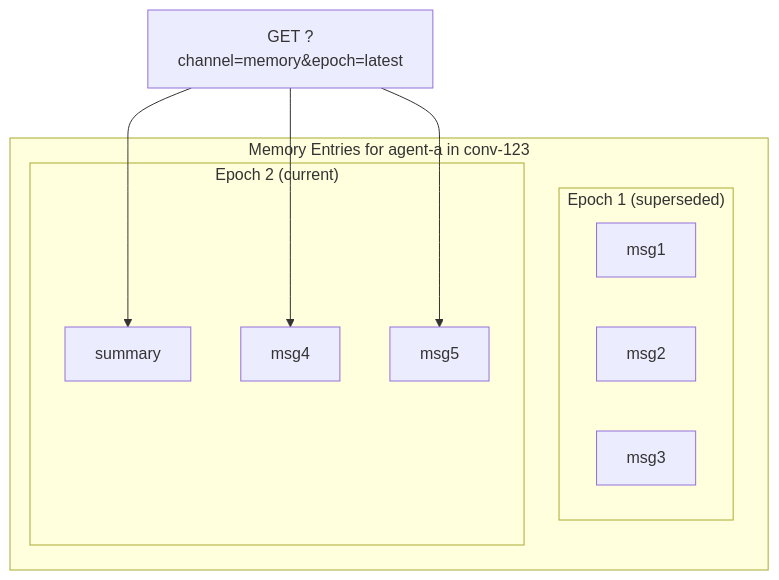
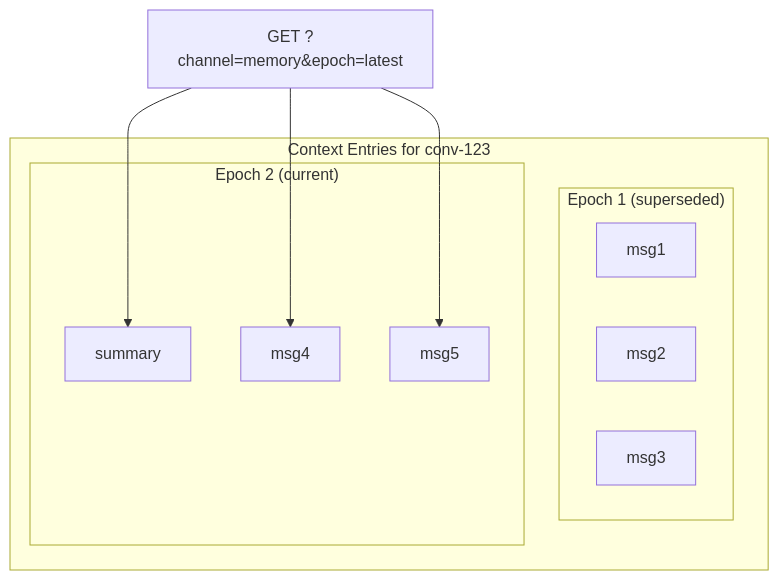
The fifth of 15 diagrams in docs/entry-data-model.md (chirino/memory-service), drawn with Mermaid before and after one commit. The commit also changed other lines of this file and 44 other files, not shown here.

````diff
--- a/docs/entry-data-model.md
+++ b/docs/entry-data-model.md
@@ -178,19 +180,19 @@
 ```mermaid
 flowchart TB
-    subgraph "Memory Entries for agent-a in conv-123"
+    subgraph "Context Entries for conv-123"
         subgraph "Epoch 1 (superseded)"
             E1M1[msg1]
             E1M2[msg2]
             E1M3[msg3]
         end
         subgraph "Epoch 2 (current)"
             E2M1[summary]
             E2M2[msg4]
             E2M3[msg5]
         end
     end
 
     Query["GET ?channel=memory&epoch=latest"] --> E2M1
     Query --> E2M2
     Query --> E2M3
 ```
````
